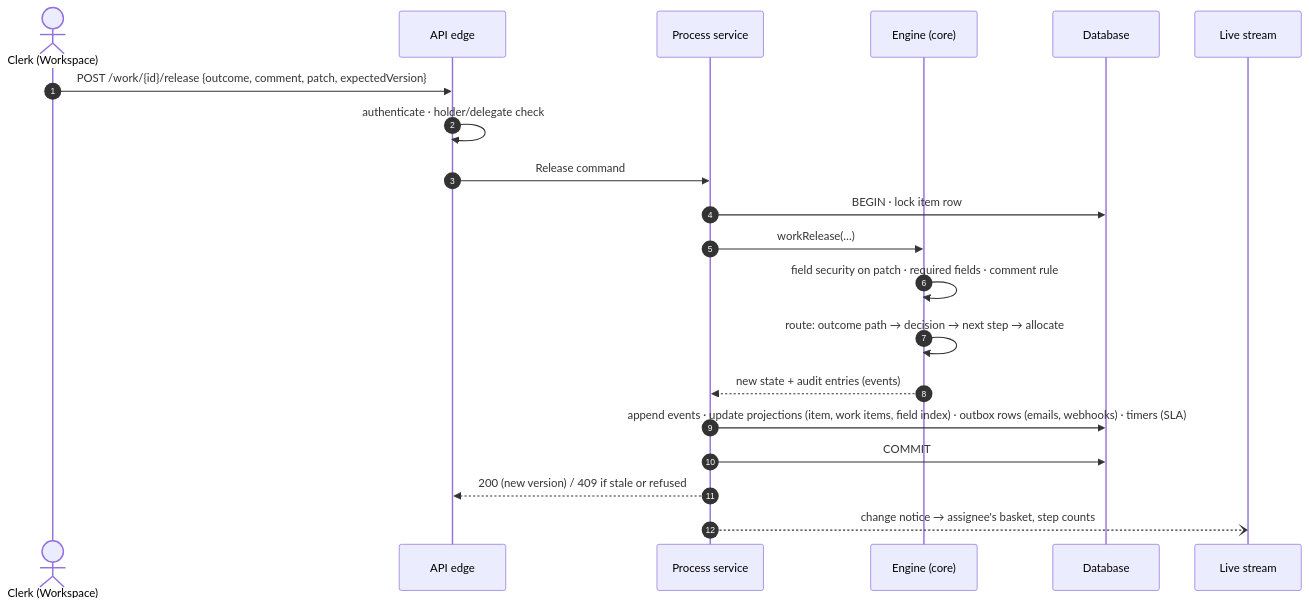
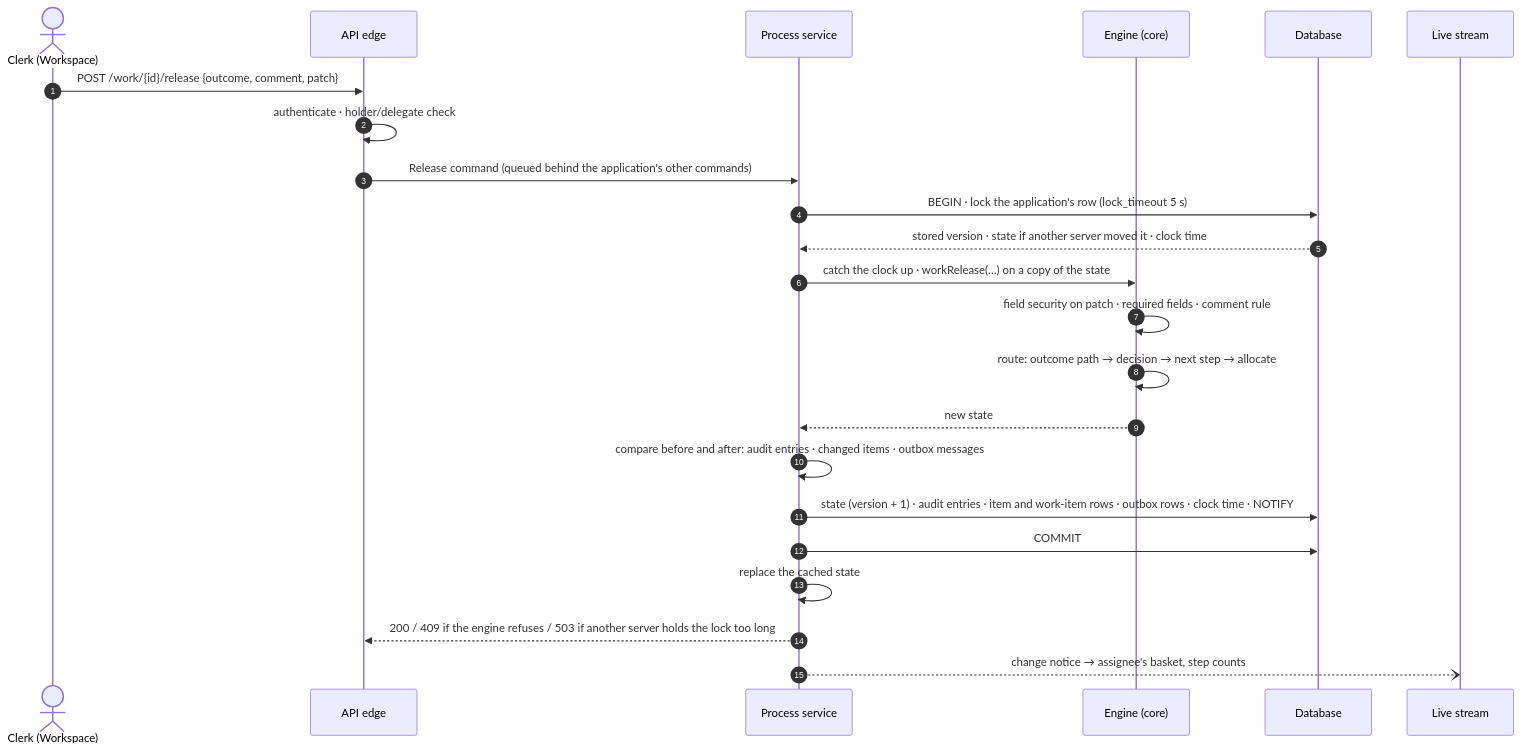
One commit to empowerment-ai/modus changed the third of 5 diagrams in docs/ARCHITECTURE.md. Above: the diagram before and after it, drawn with Mermaid. The commit also changed other lines of this file and 8 other files, not shown here.

First line of the commit message:
docs: M2 transactions done — projections, outbox, durable clock, several replicas on Postgres

````diff
--- a/docs/ARCHITECTURE.md
+++ b/docs/ARCHITECTURE.md
@@ -278,22 +313,25 @@
 ```mermaid
 sequenceDiagram
   autonumber
   actor U as Clerk (Workspace)
   participant API as API edge
   participant P as Process service
   participant E as Engine (core)
   participant DB as Database
   participant RT as Live stream
-  U->>API: POST /work/{id}/release {outcome, comment, patch, expectedVersion}
+  U->>API: POST /work/{id}/release {outcome, comment, patch}
   API->>API: authenticate · holder/delegate check
-  API->>P: Release command
-  P->>DB: BEGIN · lock item row
-  P->>E: workRelease(…)
+  API->>P: Release command (queued behind the application's other commands)
+  P->>DB: BEGIN · lock the application's row (lock_timeout 5 s)
+  DB-->>P: stored version · state if another server moved it · clock time
+  P->>E: catch the clock up · workRelease(…) on a copy of the state
   E->>E: field security on patch · required fields · comment rule
   E->>E: route: outcome path → decision → next step → allocate
-  E-->>P: new state + audit entries (events)
-  P->>DB: append events · update projections (item, work items, field index) · outbox rows (emails, webhooks) · timers (SLA)
+  E-->>P: new state
+  P->>P: compare before and after: audit entries · changed items · outbox messages
+  P->>DB: state (version + 1) · audit entries · item and work-item rows · outbox rows · clock time · NOTIFY
   P->>DB: COMMIT
-  P-->>API: 200 (new version)  /  409 if stale or refused
+  P->>P: replace the cached state
+  P-->>API: 200  /  409 if the engine refuses  /  503 if another server holds the lock too long
   P--)RT: change notice → assignee's basket, step counts
 ```
````
